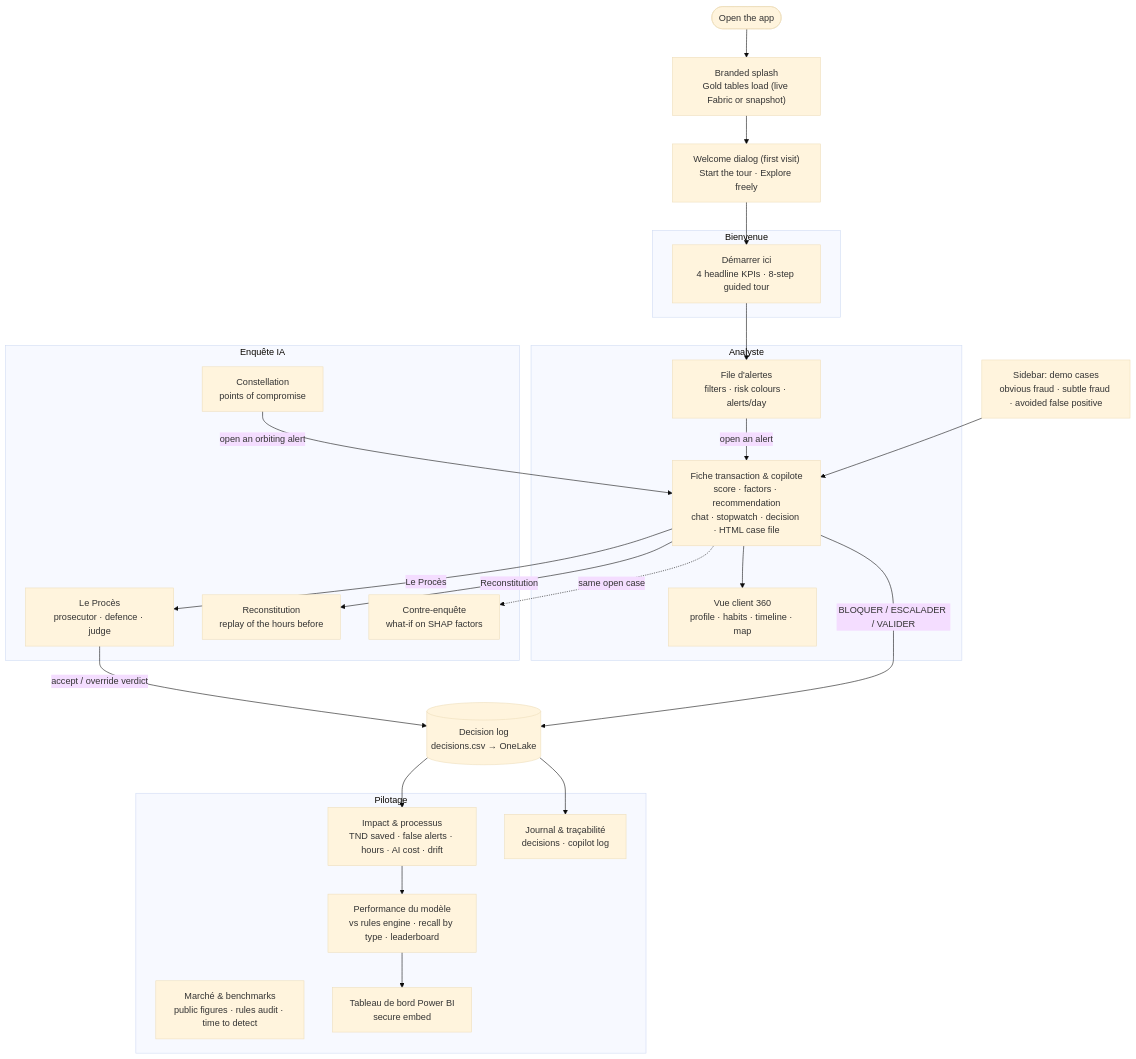
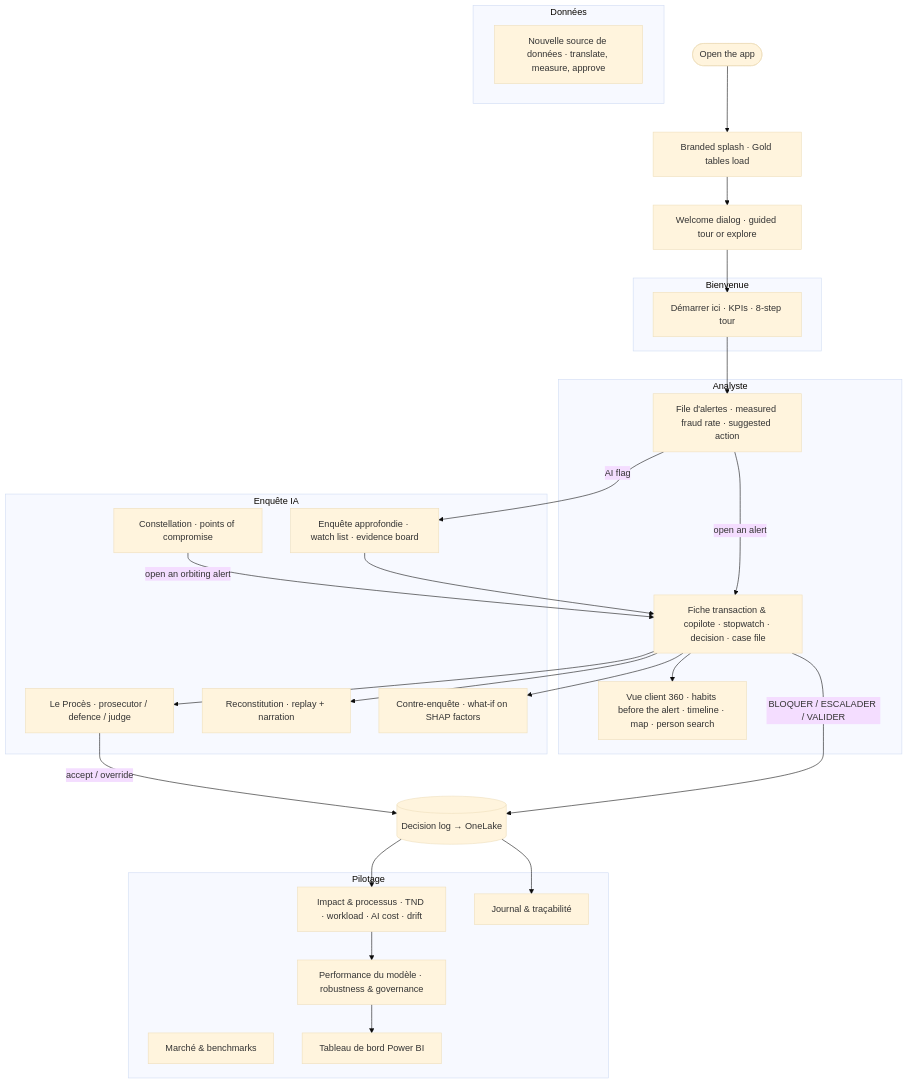
One commit to hack-australiaeast-01/hyson-detector changed diagram 16 of 18 in docs/ARCHITECTURE.md. Above: the diagram before and after it, drawn with Mermaid (base theme). The commit also changed other lines of this file and 26 other files, not shown here.

Commit message:
Architecture rewritten: 18 diagrams from Fabric to Azure AI Foundry, ML pipeline, MLOps, ML vs DL map, each AI pipeline, pages, deployment & security (+ PNGs)

````diff
--- a/docs/ARCHITECTURE.md
+++ b/docs/ARCHITECTURE.md
@@ -159,47 +489,44 @@
 ```mermaid
 flowchart TD
-    START(["Open the app"]) --> SPL["Branded splash<br/>Gold tables load (live Fabric or snapshot)"]
-    SPL --> WEL["Welcome dialog (first visit)<br/>Start the tour · Explore freely"]
+    START(["Open the app"]) --> SPL["Branded splash · Gold tables load"]
+    SPL --> WEL["Welcome dialog · guided tour or explore"]
     WEL --> GUIDE
 
     subgraph W["Bienvenue"]
-        GUIDE["Démarrer ici<br/>4 headline KPIs · 8-step guided tour"]
+        GUIDE["Démarrer ici · KPIs · 8-step tour"]
     end
-
     subgraph AN["Analyste"]
-        QUEUE["File d'alertes<br/>filters · risk colours · alerts/day"]
-        TX["Fiche transaction & copilote<br/>score · factors · recommendation<br/>chat · stopwatch · decision · HTML case file"]
-        CUST["Vue client 360<br/>profile · habits · timeline · map"]
+        QUEUE["File d'alertes · measured fraud rate · suggested action"]
+        TX["Fiche transaction & copilote · stopwatch · decision · case file"]
+        CUST["Vue client 360 · habits before the alert · timeline · map · person search"]
     end
-
     subgraph IA["Enquête IA"]
-        PROC["Le Procès<br/>prosecutor · defence · judge"]
-        REP["Reconstitution<br/>replay of the hours before"]
-        CON["Contre-enquête<br/>what-if on SHAP factors"]
-        GAL["Constellation<br/>points of compromise"]
+        DEEP["Enquête approfondie · watch list · evidence board"]
+        PROC["Le Procès · prosecutor / defence / judge"]
+        REP["Reconstitution · replay + narration"]
+        CON["Contre-enquête · what-if on SHAP factors"]
+        GAL["Constellation · points of compromise"]
     end
-
     subgraph PI["Pilotage"]
-        IMP["Impact & processus<br/>TND saved · false alerts · hours · AI cost · drift"]
-        MKT["Marché & benchmarks<br/>public figures · rules audit · time to detect"]
-        PERF["Performance du modèle<br/>vs rules engine · recall by type · leaderboard"]
-        PBI["Tableau de bord Power BI<br/>secure embed"]
-        JOUR["Journal & traçabilité<br/>decisions · copilot log"]
+        IMP["Impact & processus · TND · workload · AI cost · drift"]
+        MKT["Marché & benchmarks"]
+        PERF["Performance du modèle · robustness & governance"]
+        PBI["Tableau de bord Power BI"]
+        JOUR["Journal & traçabilité"]
     end
-
-    DEMO["Sidebar: demo cases<br/>obvious fraud · subtle fraud · avoided false positive"]
+    subgraph DO["Données"]
+        ONB["Nouvelle source de données · translate, measure, approve"]
+    end
 
     GUIDE --> QUEUE
     QUEUE -- "open an alert" --> TX
-    DEMO --> TX
+    QUEUE -- "AI flag" --> DEEP
     TX --> CUST
-    TX -- "Le Procès" --> PROC
-    TX -- "Reconstitution" --> REP
-    TX -. "same open case" .-> CON
-    PROC -- "accept / override verdict" --> DEC
-    TX -- "BLOQUER / ESCALADER / VALIDER" --> DEC[("Decision log<br/>decisions.csv → OneLake")]
+    TX --> PROC & REP & CON
     GAL -- "open an orbiting alert" --> TX
-    DEC --> JOUR
-    DEC --> IMP
+    DEEP --> TX
+    PROC -- "accept / override" --> DEC[("Decision log → OneLake")]
+    TX -- "BLOQUER / ESCALADER / VALIDER" --> DEC
+    DEC --> JOUR & IMP
     IMP --> PERF --> PBI
 ```
````
